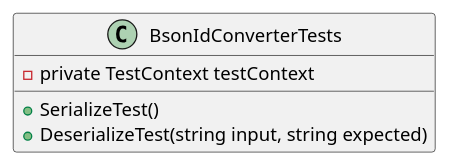
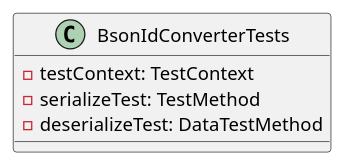
Before and after one commit to mwwhited-forks/dotnet-libs: the fourth of 9 diagrams in docs/generated/Framework/Eliassen.System.Tests/Text/Json/Documentation.md, drawn with PlantUML. The commit also changed other lines of this file and 444 other files, not shown here.

````diff
--- a/docs/generated/Framework/Eliassen.System.Tests/Text/Json/Documentation.md
+++ b/docs/generated/Framework/Eliassen.System.Tests/Text/Json/Documentation.md
@@ -31,9 +77,9 @@
 ```plantuml
 @startuml
 class BsonIdConverterTests {
-  - private TestContext testContext
-  + SerializeTest()
-  + DeserializeTest(string input, string expected)
+  - testContext: TestContext
+  - serializeTest: TestMethod
+  - deserializeTest: DataTestMethod
 }
 @enduml
 ```
````
